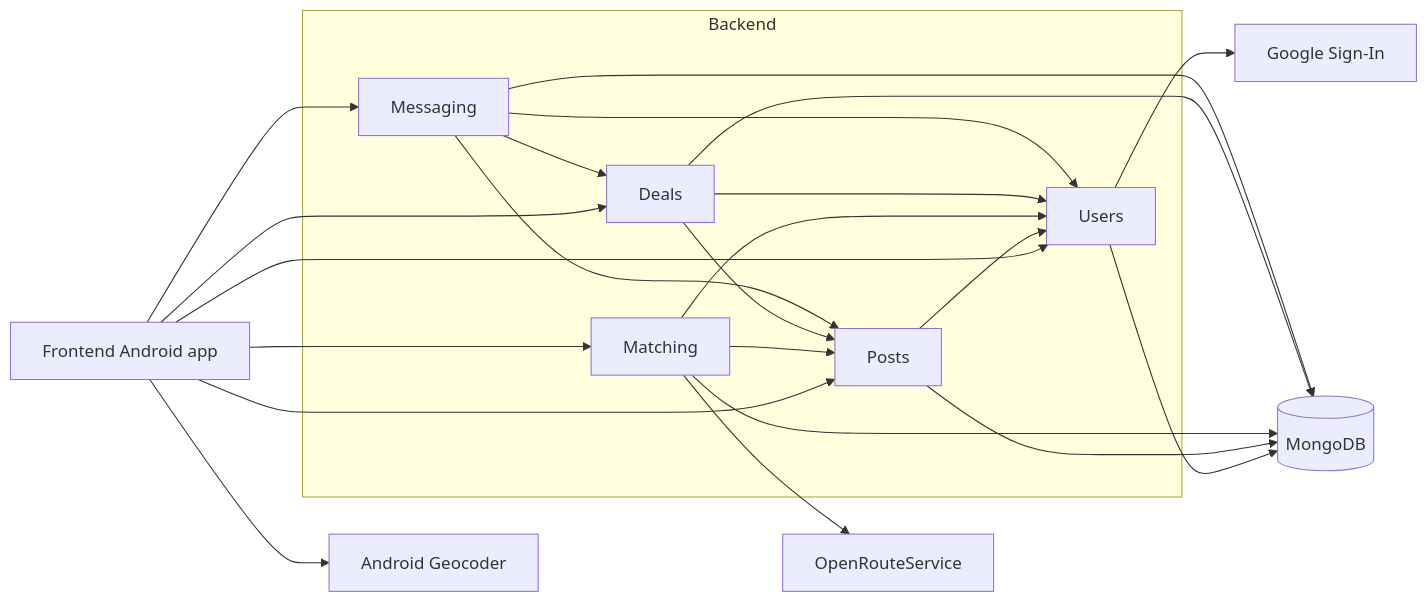
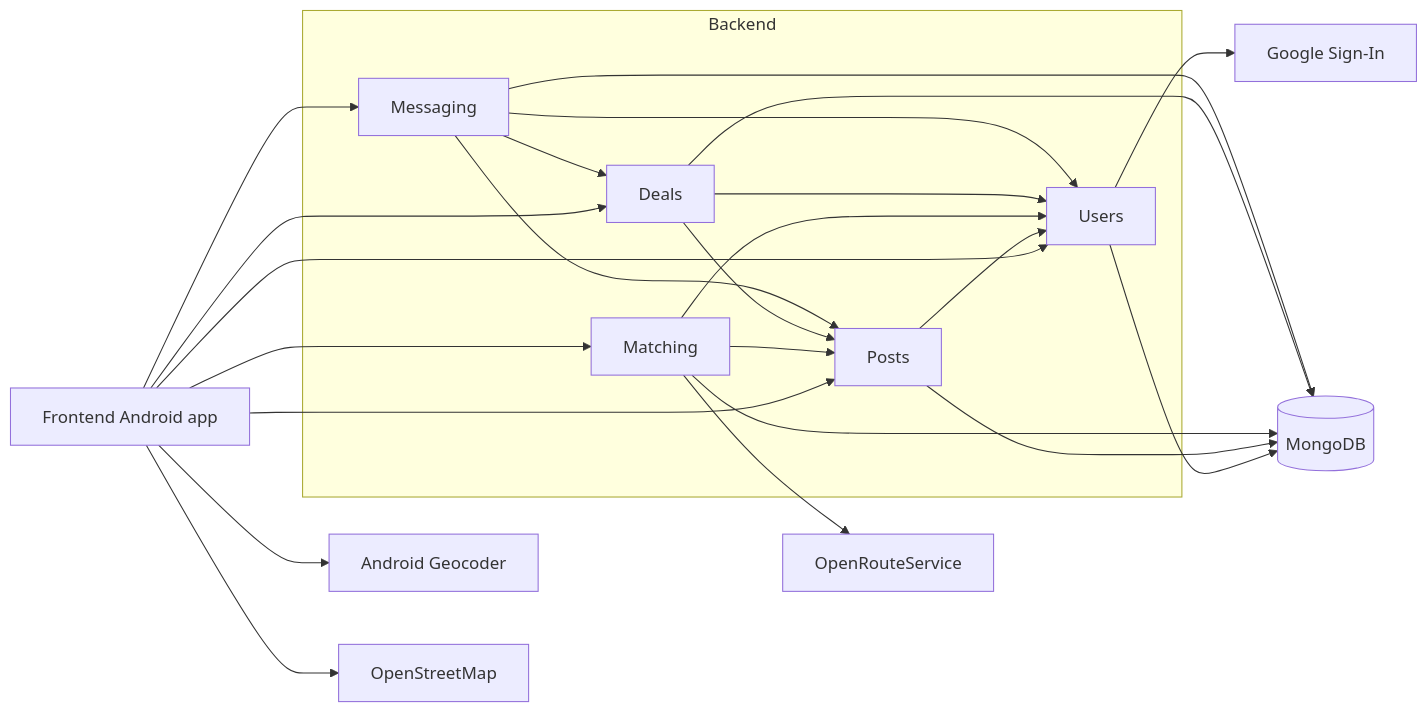
Before and after one commit to m1lun/MatchMarket: the first of 6 diagrams in documentation/Requirements_and_Design.md, drawn with Mermaid. The commit also changed other lines of this file and 2 other files, not shown here.

Commit message:
docs: show OpenStreetMap in the dependencies diagram and note the deal card map

````diff
--- a/documentation/Requirements_and_Design.md
+++ b/documentation/Requirements_and_Design.md
@@ -544,37 +544,39 @@
 ```mermaid
 flowchart LR
     FE[Frontend Android app]
     subgraph BE["Backend"]
         UA[Users]
         P[Posts]
         M[Matching]
         MS[Messaging]
         D[Deals]
     end
     DB[(MongoDB)]
     G[Google Sign-In]
     GEO[Android Geocoder]
     ORS[OpenRouteService]
+    OSM[OpenStreetMap]
 
     FE --> UA
     FE --> P
     FE --> M
     FE --> GEO
+    FE --> OSM
     FE --> D
     FE --> MS
     UA --> G
     UA --> DB
     P --> UA
     P --> DB
     M --> UA
     M --> DB
     D --> UA
     D --> DB
     M --> ORS
     MS --> UA
     MS --> DB
     MS --> D
     M --> P
     D --> P
     MS --> P
 ```
````
